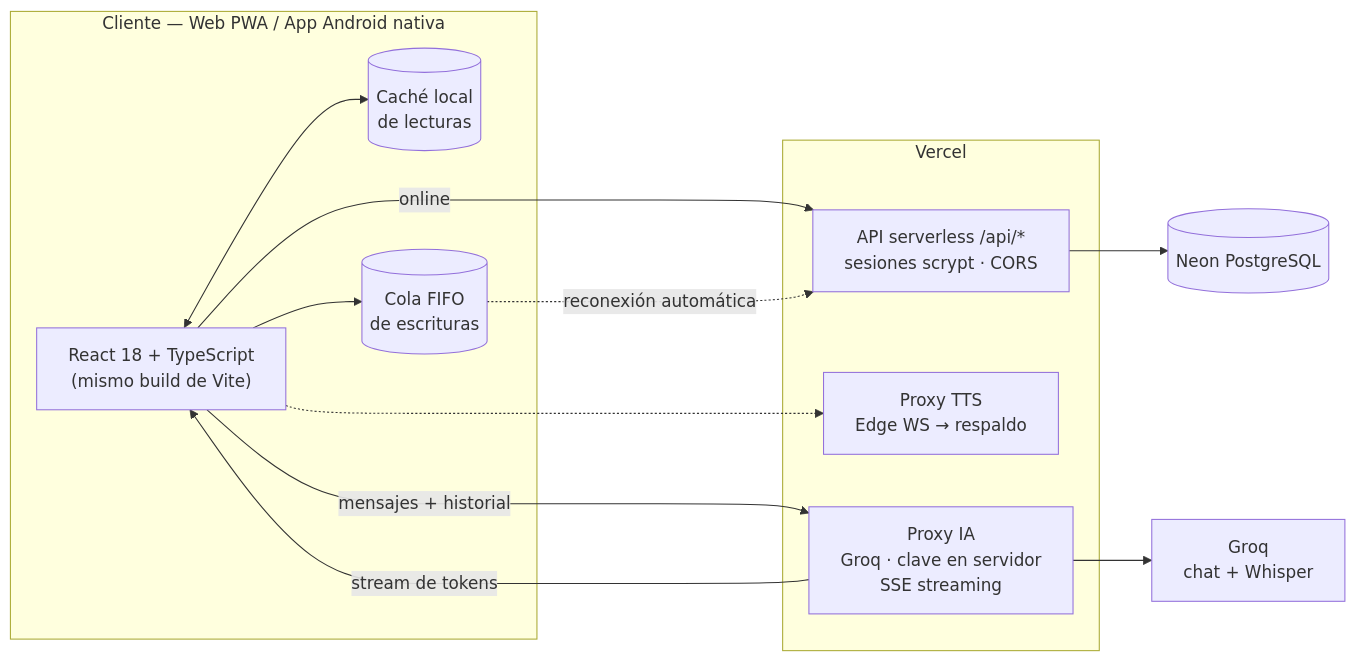
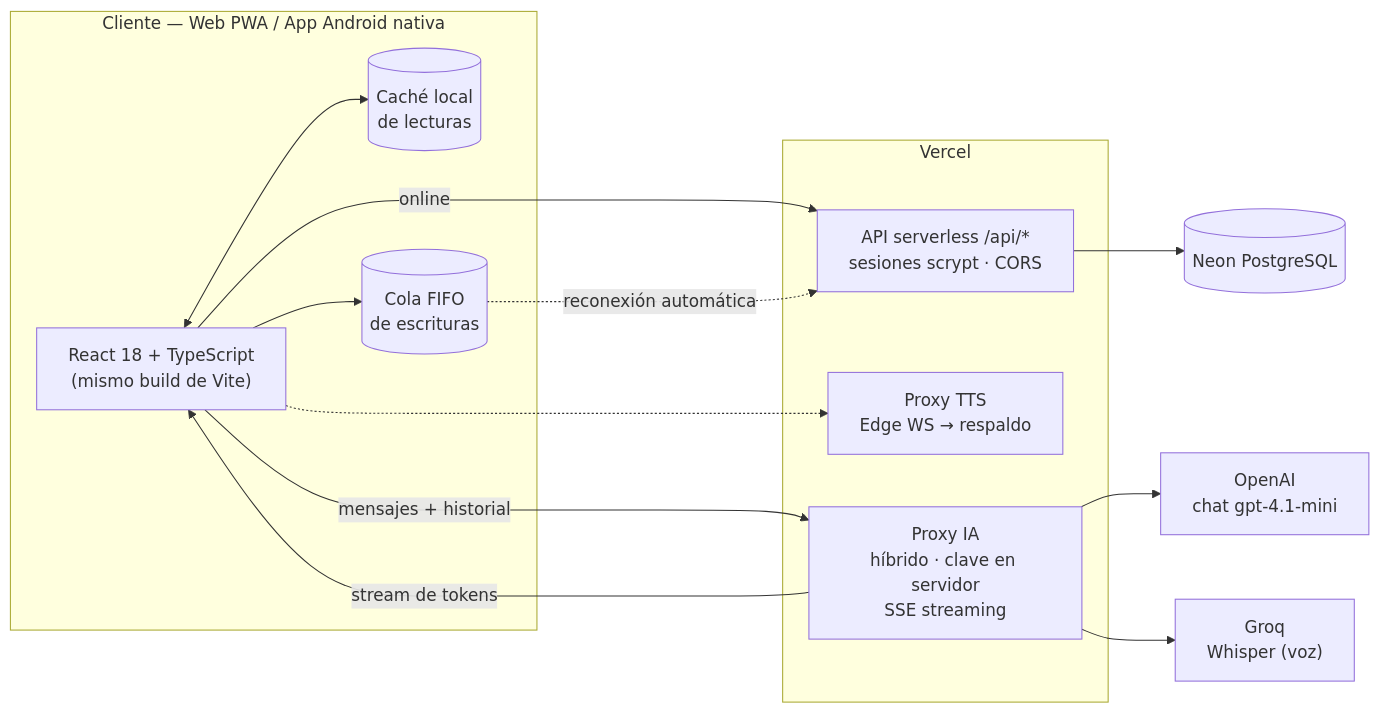
The first of 2 diagrams in README.md (Imandro/AliviaApp), drawn with Mermaid before and after one commit. The commit also changed other lines of this file and 8 other files, not shown here.

First line of the commit message:
feat(ia): proveedor hibrido, chat a OpenAI y voz a Groq

````diff
--- a/README.md
+++ b/README.md
@@ -84,27 +84,29 @@
 ```mermaid
 flowchart LR
     subgraph Cliente["Cliente — Web PWA / App Android nativa"]
         UI["React 18 + TypeScript<br/>(mismo build de Vite)"]
         CACHE[("Caché local<br/>de lecturas")]
         OUTBOX[("Cola FIFO<br/>de escrituras")]
         UI <--> CACHE
         UI --> OUTBOX
     end
 
     subgraph Nube["Vercel"]
         API["API serverless /api/*<br/>sesiones scrypt · CORS"]
         TTS["Proxy TTS<br/>Edge WS → respaldo"]
-        AI["Proxy IA<br/>Groq · clave en servidor<br/>SSE streaming"]
+        AI["Proxy IA<br/>híbrido · clave en servidor<br/>SSE streaming"]
     end
 
     DB[("Neon PostgreSQL")]
-    GROQ["Groq<br/>chat + Whisper"]
+    OAI["OpenAI<br/>chat gpt-4.1-mini"]
+    GROQ["Groq<br/>Whisper (voz)"]
 
     UI -- "online" --> API
     OUTBOX -.->|"reconexión automática"| API
     UI -.-> TTS
     UI -- "mensajes + historial" --> AI
     AI -- "stream de tokens" --> UI
+    AI --> OAI
     AI --> GROQ
     API --> DB
 ```
````
